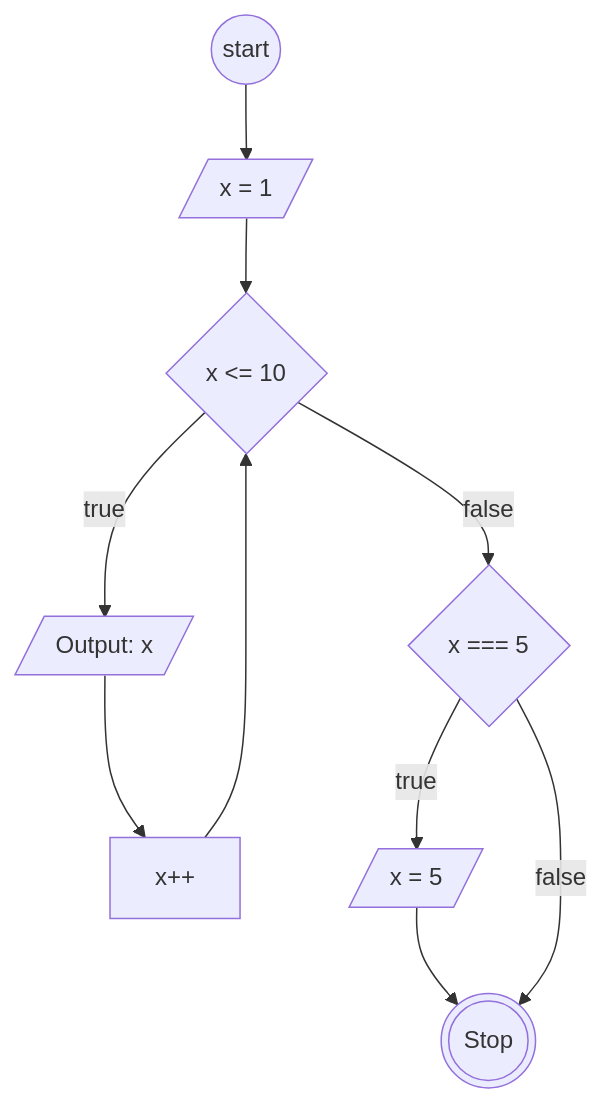
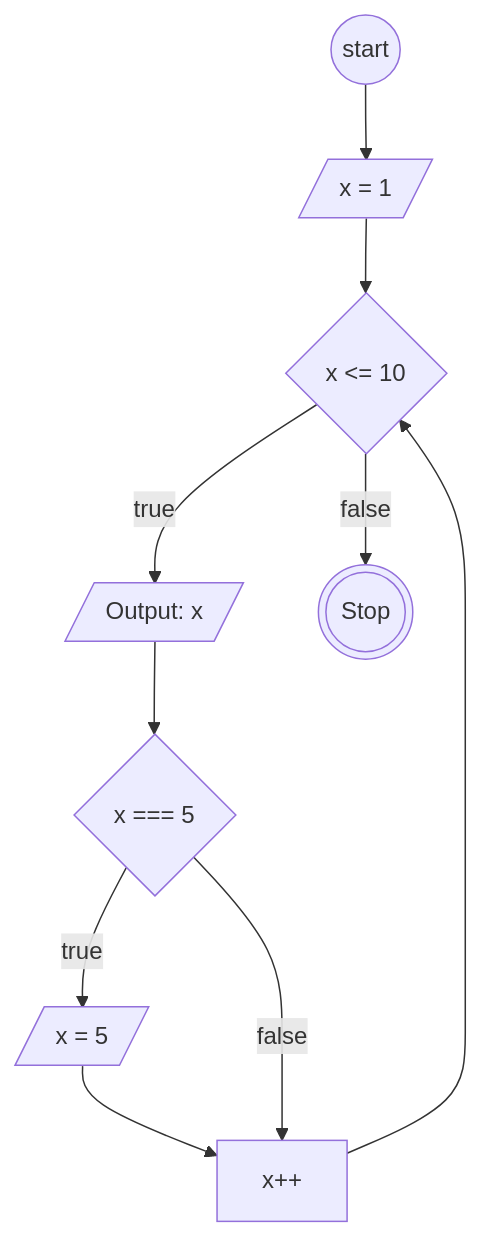
Before and after one commit to AbiPasundan/koda-b6-javascript1: the diagram in flowchart-loop.md, drawn with Mermaid.

````diff
--- a/flowchart-loop.md
+++ b/flowchart-loop.md
@@ -5,25 +5,25 @@
 ```mermaid
     flowchart TB
         Start@{ shape: circ, label: "start"}
 
         InitialVar@{ shape: lean-r, label: "x = 1"}
         Condition@{ shape: diamond, label: "x <= 10"}
         ConditionTrue@{ shape: rect, label: "x++"}
 
         ConditionTruePrint@{ shape: lean-r, label: "Output: x"}
 
         If@{ shape: diamond, label: "x === 5"}
         IfTrue@{ shape: lean-r, label: "x = 5"}
 
 
         Stop@{ shape: dbl-circ, label: "Stop"}
 
-        Start-->InitialVar-->Condition-->|true|ConditionTruePrint-->ConditionTrue
+        Start-->InitialVar-->Condition-->|false|Stop
 
-        Condition-->|false|If
-        ConditionTrue-->Condition
+        Condition-->|true|ConditionTruePrint-->If-->|true|IfTrue-->ConditionTrue
 
-        If-->|true|IfTrue-->Stop
-        If-->|false|Stop
+        If-->|false|ConditionTrue-->Condition
+
+
 
 ```
````
